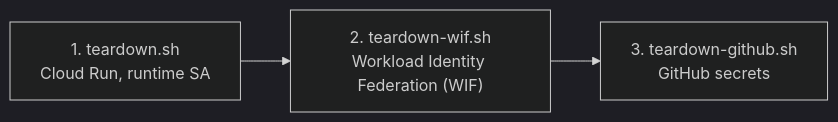
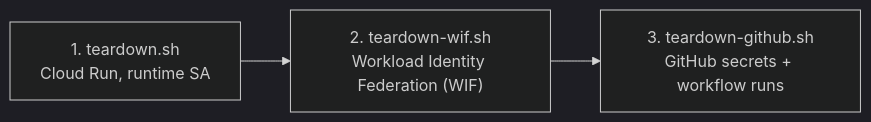
The fourth of 6 diagrams in README.md (cloudsteak/trn-gcp-ai-contract-analyzer), drawn with Mermaid (dark theme) before and after one commit. The commit also changed other lines of this file and 1 other file, not shown here.

First line of the commit message:
Enhance teardown-github.sh for improved secret and workflow management (#9)

````diff
--- a/README.md
+++ b/README.md
@@ -651,5 +651,5 @@
 ```mermaid
 flowchart LR
     T1["1. teardown.sh<br/>Cloud Run, runtime SA"] --> T2["2. teardown-wif.sh<br/>Workload Identity Federation (WIF)"]
-    T2 --> T3["3. teardown-github.sh<br/>GitHub secrets"]
+    T2 --> T3["3. teardown-github.sh<br/>GitHub secrets + workflow runs"]
 ```
````
